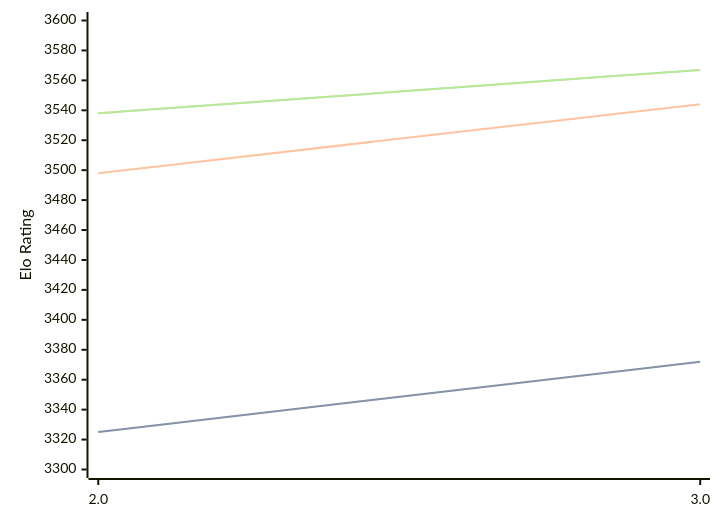
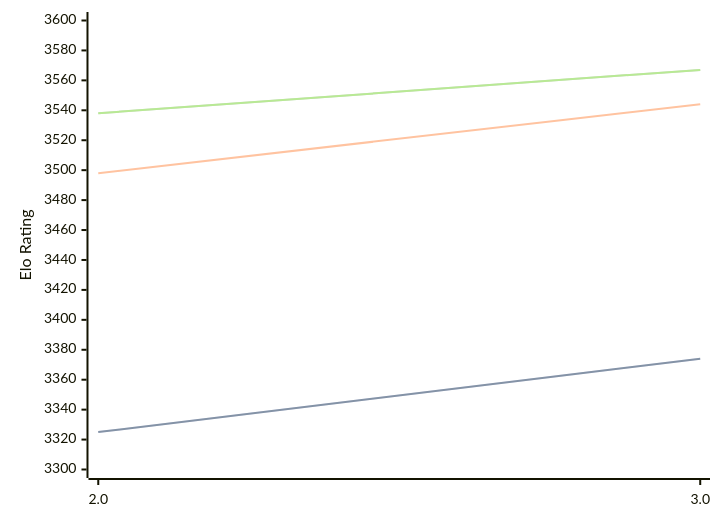
One commit to computer-chess-index/cci changed the diagram in engines/Quanticade.md. Above: the diagram before and after it, drawn with Mermaid. The commit also changed other lines of this file, not shown here.

Commit message:
Update CCI Ratings (ELO VLTC) - 2026-04-12

````diff
--- a/engines/Quanticade.md
+++ b/engines/Quanticade.md
@@ -41,11 +41,11 @@
 ```mermaid
 %%{init: {"theme":"base","themeVariables":{"seriesColors:['#a3a3a3','#222221','#faa371']}}}%%
 xychart-beta
   x-axis ["2.0", "3.0"]
   y-axis "Elo Rating" 3300 --> 3600
-  line "STC (8.0+0.08s)" [3325, 3372]
-  line "STC (8.0+0.08s)" [3325, 3372]
+  line "STC (8.0+0.08s)" [3325, 3374]
+  line "STC (8.0+0.08s)" [3325, 3374]
   line "LTC (60.0+0.60s)" [3498, 3544]
   line "VLTC (2m24s+1.12s)" [3538, 3567]
   line "VLTC (2m24s+1.12s)" [3538, 3567]
 ```
````
